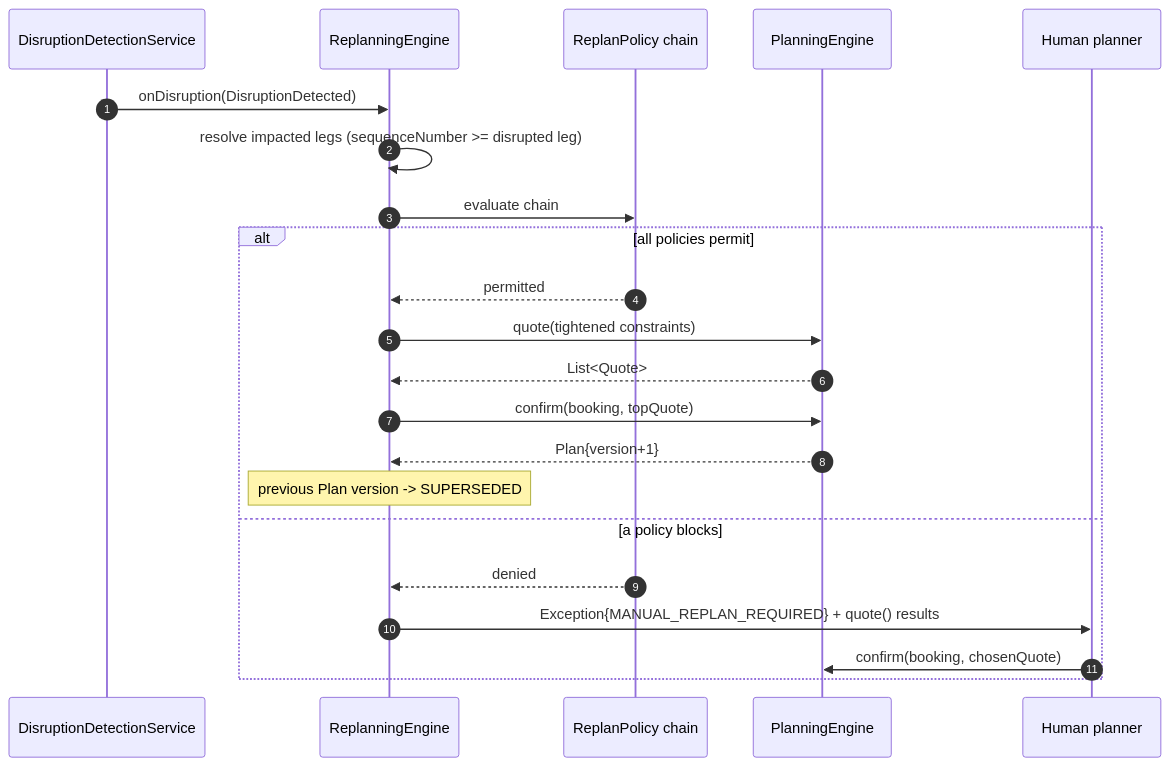
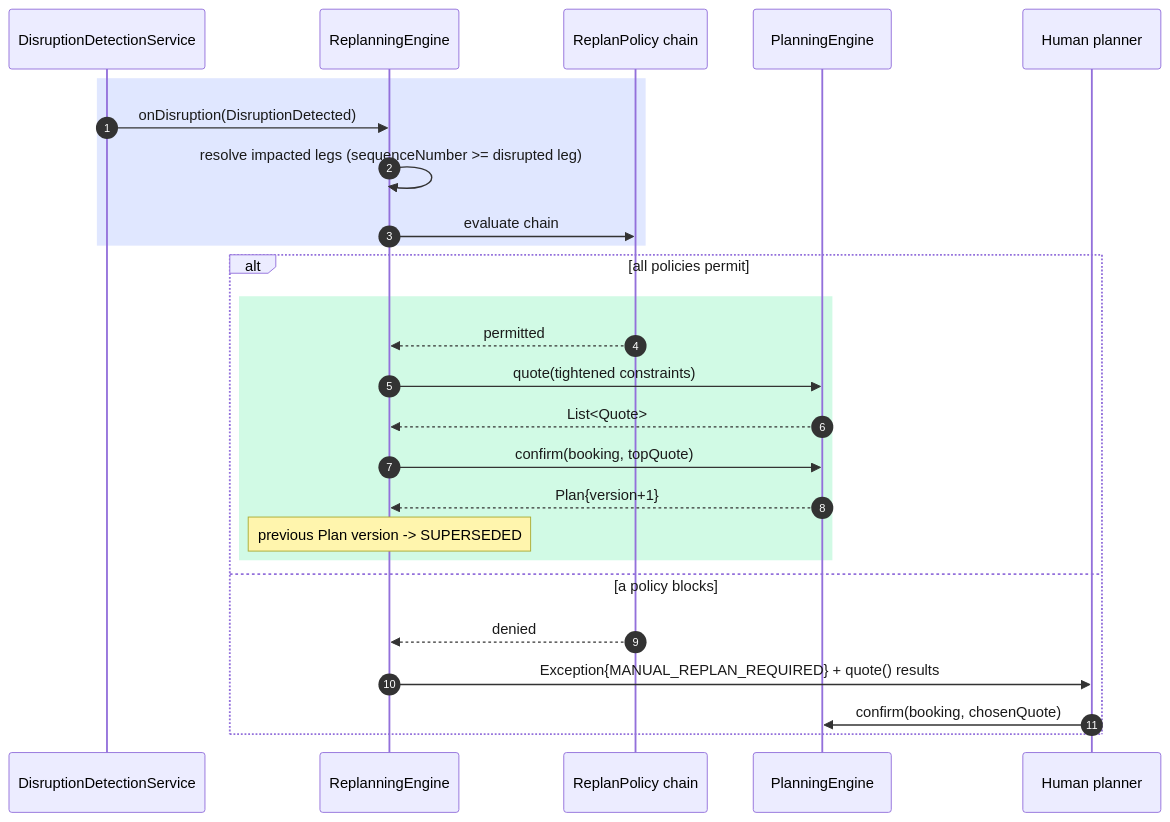
The fourth of 7 diagrams in lib/src/main/java/org/pk/practices/design/supplychain/LLD.md (Pratyush576/CodingPractice), drawn with Mermaid before and after one commit. The commit also changed other lines of this file and 5 other files, not shown here.

Commit message:
Enhanced the diagrams

````diff
--- a/lib/src/main/java/org/pk/practices/design/supplychain/LLD.md
+++ b/lib/src/main/java/org/pk/practices/design/supplychain/LLD.md
@@ -728,25 +743,30 @@
 ```mermaid
+%%{init: {'themeVariables': {'signalTextColor': '#1a1a1a', 'loopTextColor': '#1a1a1a'}}}%%
 sequenceDiagram
     autonumber
     participant Disruption as DisruptionDetectionService
     participant Replan as ReplanningEngine
     participant Policy as ReplanPolicy chain
     participant Planning as PlanningEngine
     participant Human as Human planner
 
+    rect rgb(224, 231, 255)
     Disruption->>Replan: onDisruption(DisruptionDetected)
     Replan->>Replan: resolve impacted legs (sequenceNumber >= disrupted leg)
     Replan->>Policy: evaluate chain
+    end
     alt all policies permit
+        rect rgb(209, 250, 229)
         Policy-->>Replan: permitted
         Replan->>Planning: quote(tightened constraints)
         Planning-->>Replan: List<Quote>
         Replan->>Planning: confirm(booking, topQuote)
         Planning-->>Replan: Plan{version+1}
         Note over Replan: previous Plan version -> SUPERSEDED
+        end
     else a policy blocks
         Policy-->>Replan: denied
         Replan->>Human: Exception{MANUAL_REPLAN_REQUIRED} + quote() results
         Human->>Planning: confirm(booking, chosenQuote)
     end
 ```
````
